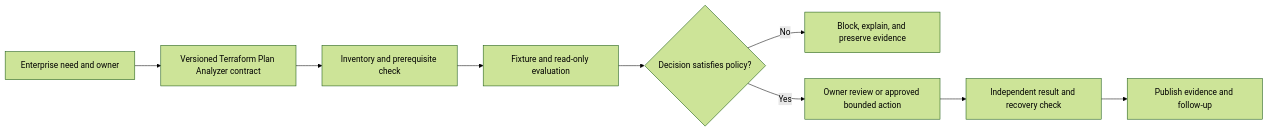
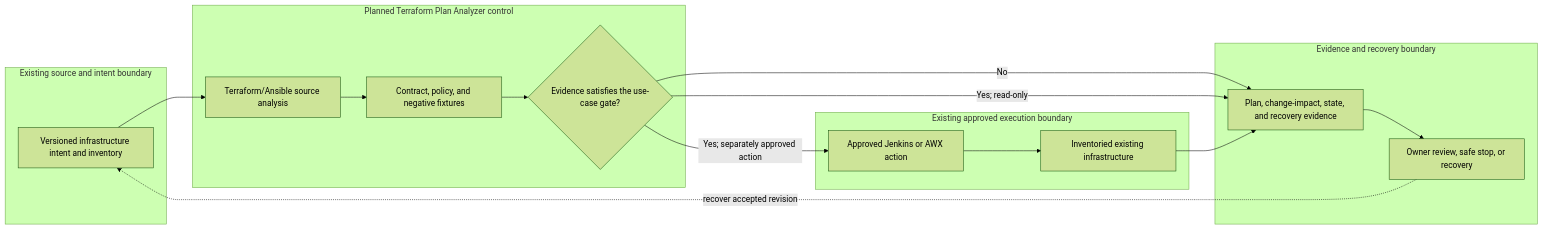
The diagram in docs/use-cases/infrastructure/UC-INFRA-004-terraform-plan-analyzer.md (MIDHTECH/enterprise-architecture-docs), drawn with Mermaid (forest theme) before and after one commit. The commit also changed other lines of this file and 227 other files, not shown here.

Commit message:
Deepen architecture for all use case designs

````diff
--- a/docs/use-cases/infrastructure/UC-INFRA-004-terraform-plan-analyzer.md
+++ b/docs/use-cases/infrastructure/UC-INFRA-004-terraform-plan-analyzer.md
@@ -136,11 +129,25 @@
 ```mermaid
 flowchart LR
-    Need["Enterprise need and owner"] --> Contract["Versioned Terraform Plan Analyzer contract"]
-    Contract --> Preflight["Inventory and prerequisite check"]
-    Preflight --> Evaluate["Fixture and read-only evaluation"]
-    Evaluate --> Decision{"Decision satisfies policy?"}
-    Decision -->|No| Stop["Block, explain, and preserve evidence"]
-    Decision -->|Yes| Review["Owner review or approved bounded action"]
-    Review --> Verify["Independent result and recovery check"]
-    Verify --> Publish["Publish evidence and follow-up"]
+    subgraph Source["Existing source and intent boundary"]
+        A["Versioned infrastructure intent and inventory"]
+    end
+    subgraph Planned["Planned Terraform Plan Analyzer control"]
+        B["Terraform/Ansible source analysis"]
+        C["Contract, policy, and negative fixtures"]
+        D{"Evidence satisfies the use-case gate?"}
+    end
+    subgraph Runtime["Existing approved execution boundary"]
+        E["Approved Jenkins or AWX action"]
+        F["Inventoried existing infrastructure"]
+    end
+    subgraph Assurance["Evidence and recovery boundary"]
+        G["Plan, change-impact, state, and recovery evidence"]
+        H["Owner review, safe stop, or recovery"]
+    end
+
+    A --> B --> C --> D
+    D -->|No| G --> H
+    D -->|Yes; read-only| G
+    D -->|Yes; separately approved action| E --> F --> G
+    H -. recover accepted revision .-> A
 ```
````
